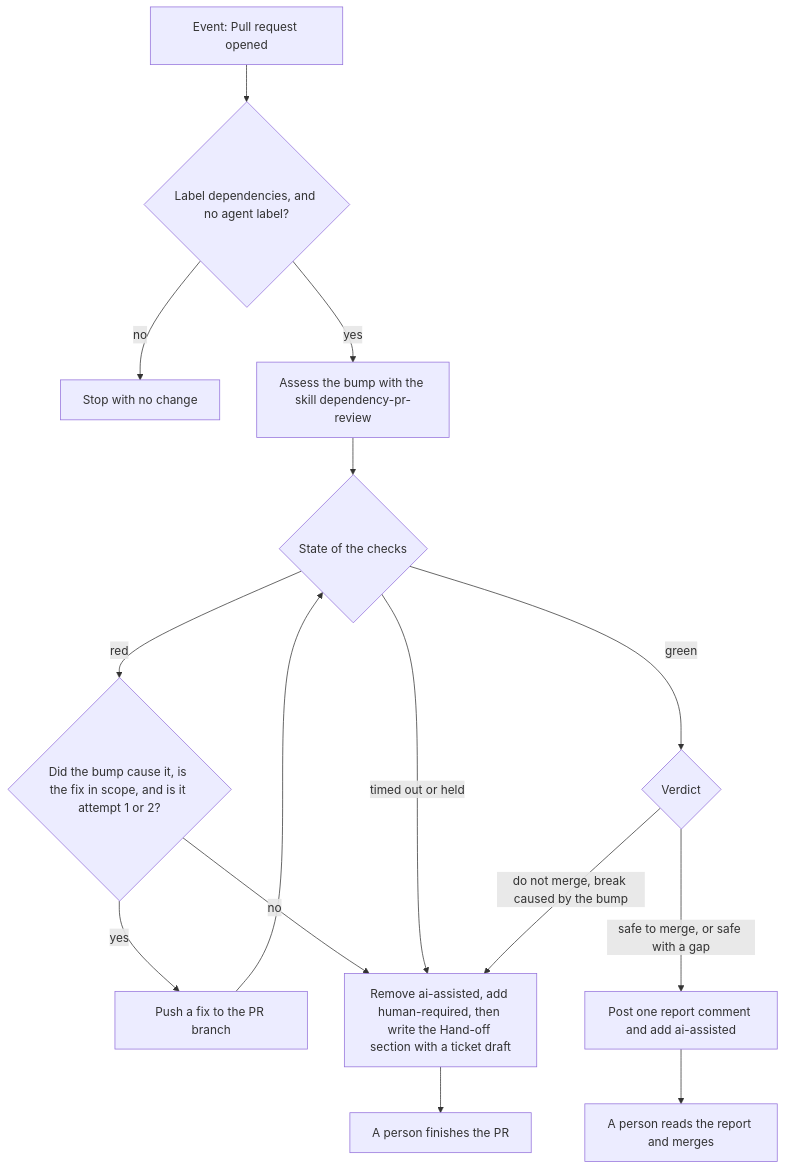
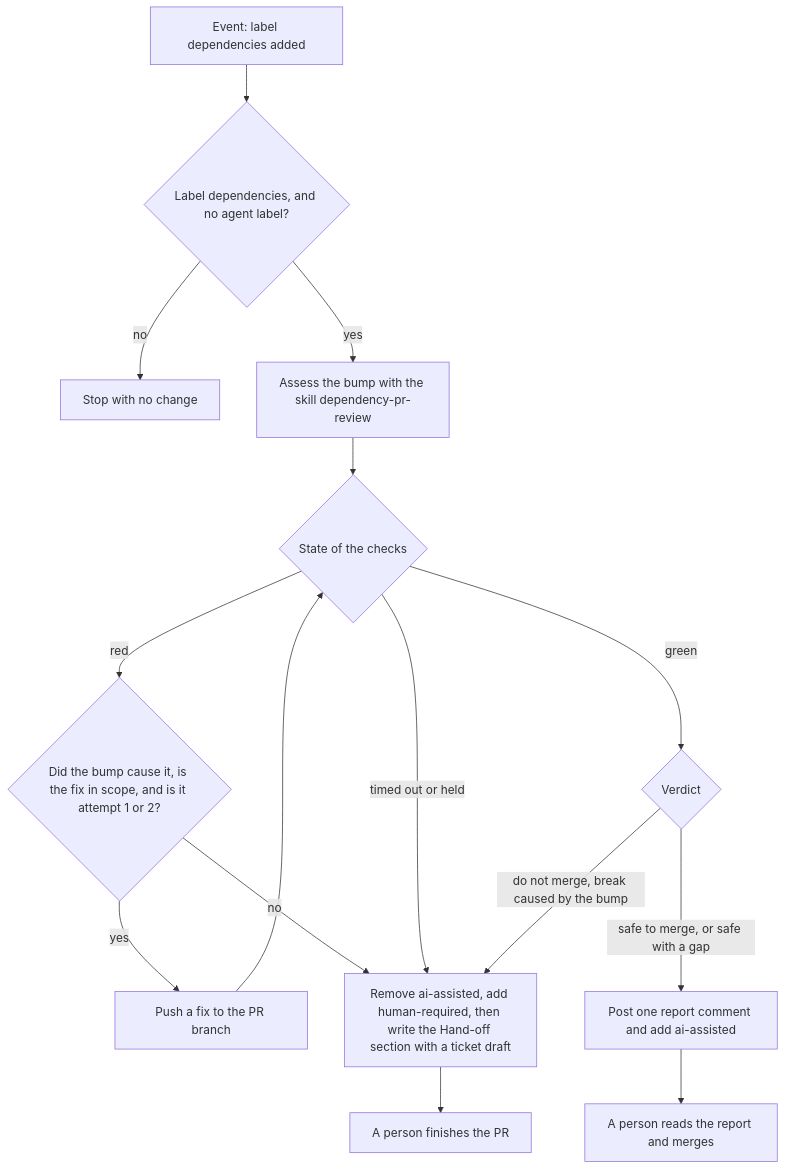
One commit to Unique-AG/connectors changed the first of 3 diagrams in docs/security/dependencies.md. Above: the diagram before and after it, drawn with Mermaid. The commit also changed other lines of this file and 1 other file, not shown here.

Commit message:
docs(main): describe the label trigger of the PR automation

````diff
--- a/docs/security/dependencies.md
+++ b/docs/security/dependencies.md
@@ -33,17 +33,17 @@
 ```mermaid
 flowchart TD
-  opened[Event: Pull request opened] --> labels{"Label dependencies, and no agent label?"}
+  opened[Event: label dependencies added] --> labels{"Label dependencies, and no agent label?"}
   labels -->|no| stop[Stop with no change]
   labels -->|yes| assess[Assess the bump with the skill dependency-pr-review]
   assess --> ci{State of the checks}
   ci -->|green| verdict{Verdict}
   ci -->|red| cause{"Did the bump cause it, is the fix in scope, and is it attempt 1 or 2?"}
   cause -->|yes| fix[Push a fix to the PR branch]
   fix --> ci
   cause -->|no| handoff["Remove ai-assisted, add human-required, then write the Hand-off section with a ticket draft"]
   ci -->|timed out or held| handoff
   verdict -->|safe to merge, or safe with a gap| report[Post one report comment and add ai-assisted]
   verdict -->|do not merge, break caused by the bump| handoff
   report --> merge[A person reads the report and merges]
   handoff --> finish[A person finishes the PR]
 ```
````
